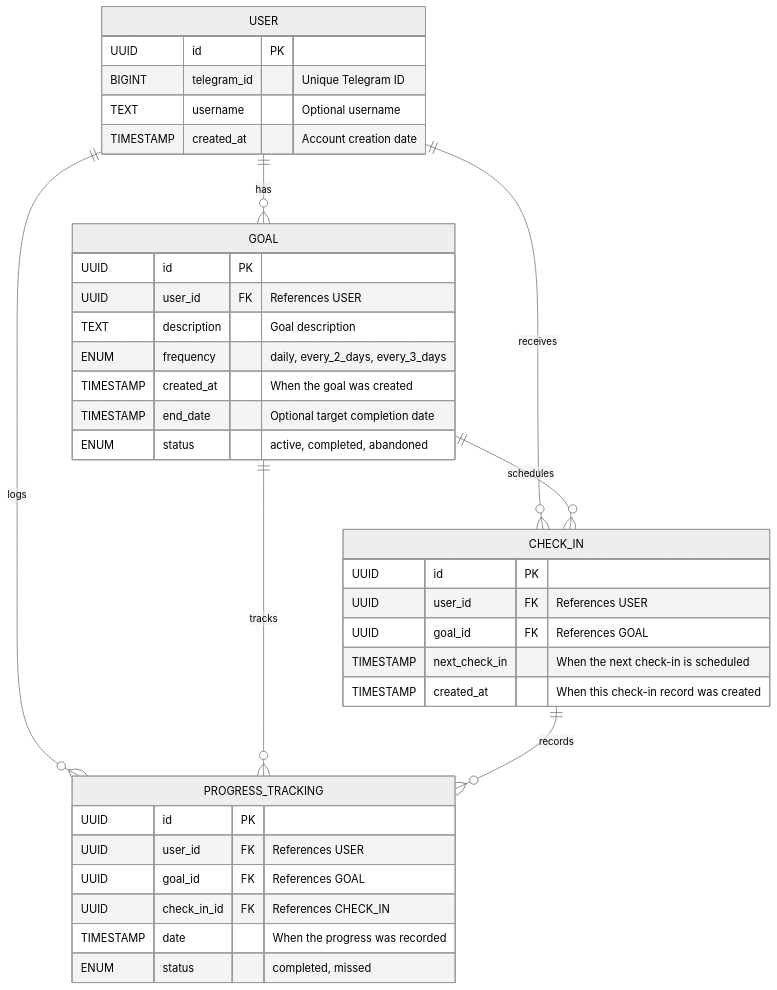
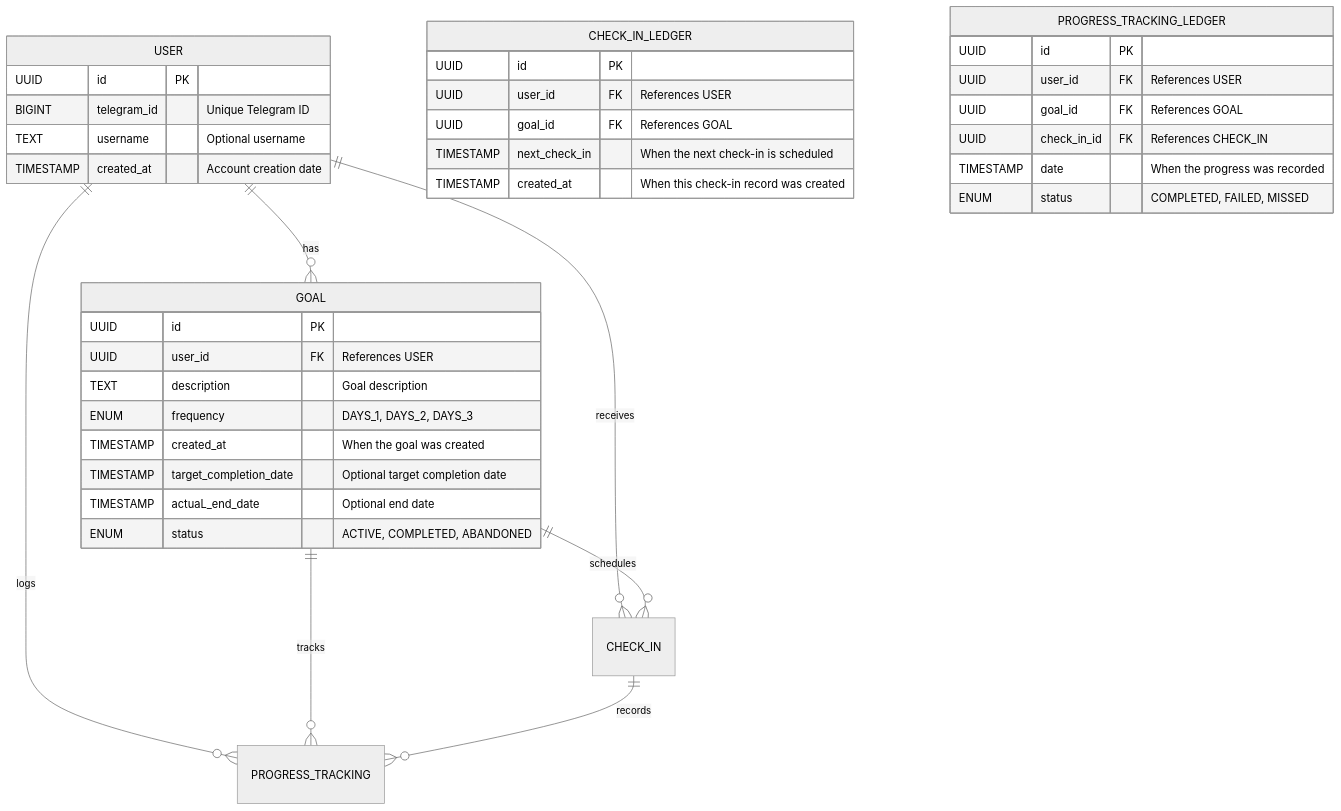
Before and after one commit to TheodoreChuang/habita: the first of 4 diagrams in TECH-SPEC.md, drawn with Mermaid (neutral theme). The commit also changed other lines of this file, not shown here.

Commit message:
docs: Update Proactive Coaching & Check-ins spec

````diff
--- a/TECH-SPEC.md
+++ b/TECH-SPEC.md
@@ -178,45 +194,46 @@
     ```mermaid
     erDiagram
         USER ||--o{ GOAL : has
         USER ||--o{ CHECK_IN : receives
         USER ||--o{ PROGRESS_TRACKING : logs
 
         GOAL ||--o{ CHECK_IN : schedules
         GOAL ||--o{ PROGRESS_TRACKING : tracks
 
         CHECK_IN ||--o{ PROGRESS_TRACKING : records
 
         USER {
             UUID id PK
             BIGINT telegram_id "Unique Telegram ID"
             TEXT username "Optional username"
             TIMESTAMP created_at "Account creation date"
         }
 
         GOAL {
             UUID id PK
             UUID user_id FK "References USER"
             TEXT description "Goal description"
-            ENUM frequency "daily, every_2_days, every_3_days"
+            ENUM frequency "DAYS_1, DAYS_2, DAYS_3"
             TIMESTAMP created_at "When the goal was created"
-            TIMESTAMP end_date "Optional target completion date"
-            ENUM status "active, completed, abandoned"
+            TIMESTAMP target_completion_date "Optional target completion date"
+            TIMESTAMP actuaL_end_date "Optional end date"
+            ENUM status "ACTIVE, COMPLETED, ABANDONED"
         }
 
-        CHECK_IN {
+        CHECK_IN_LEDGER {
             UUID id PK
             UUID user_id FK "References USER"
             UUID goal_id FK "References GOAL"
             TIMESTAMP next_check_in "When the next check-in is scheduled"
             TIMESTAMP created_at "When this check-in record was created"
         }
 
-        PROGRESS_TRACKING {
+        PROGRESS_TRACKING_LEDGER {
             UUID id PK
             UUID user_id FK "References USER"
             UUID goal_id FK "References GOAL"
             UUID check_in_id FK "References CHECK_IN"
             TIMESTAMP date "When the progress was recorded"
-            ENUM status "completed, missed"
+            ENUM status "COMPLETED, FAILED, MISSED"
         }
       ```
````
